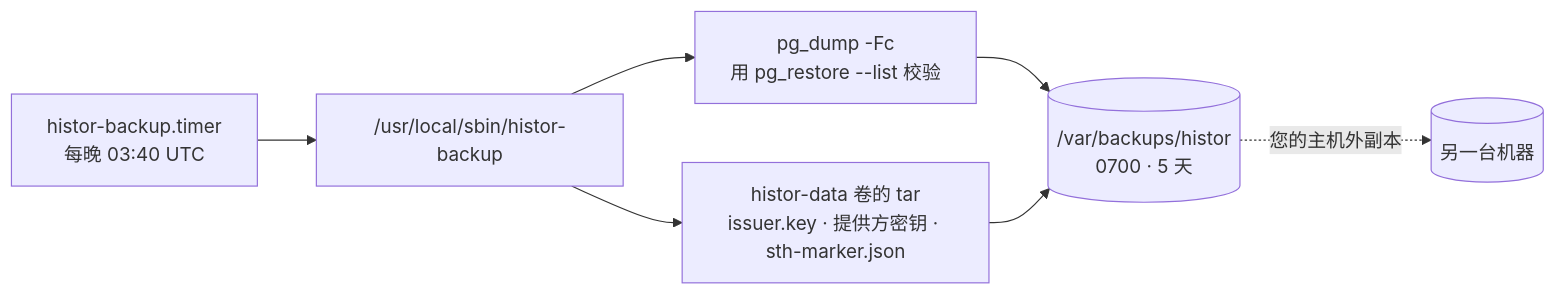
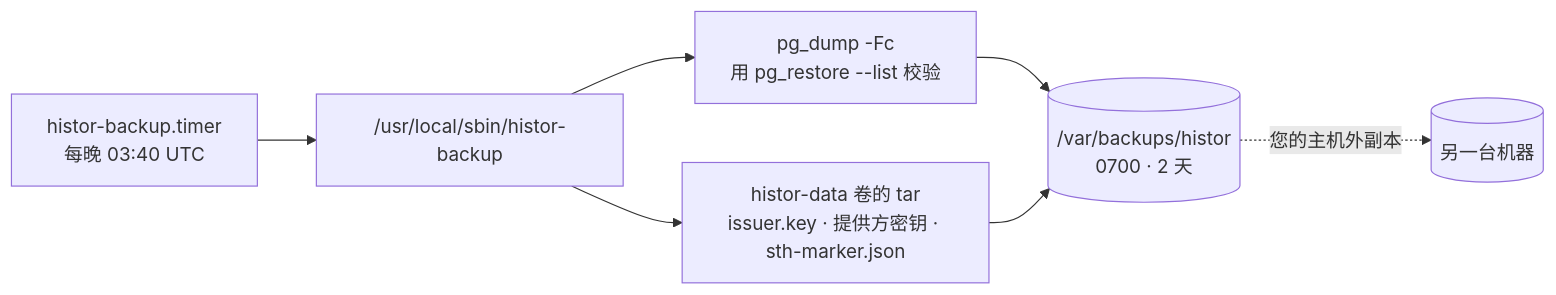
One commit to alexar76/histor changed the third of 3 diagrams in docs/operations.zh.md. Above: the diagram before and after it, drawn with Mermaid. The commit also changed 30 other files, not shown here.

````diff
--- a/docs/operations.zh.md
+++ b/docs/operations.zh.md
@@ -110,9 +110,9 @@
 ```mermaid
 flowchart LR
     T["histor-backup.timer<br/>每晚 03:40 UTC"] --> S["/usr/local/sbin/histor-backup"]
     S --> D["pg_dump -Fc<br/>用 pg_restore --list 校验"]
     S --> K["histor-data 卷的 tar<br/>issuer.key · 提供方密钥 · sth-marker.json"]
-    D --> B[("/var/backups/histor<br/>0700 · 5 天")]
+    D --> B[("/var/backups/histor<br/>0700 · 2 天")]
     K --> B
     B -. "您的主机外副本" .-> O[("另一台机器")]
 ```
````
